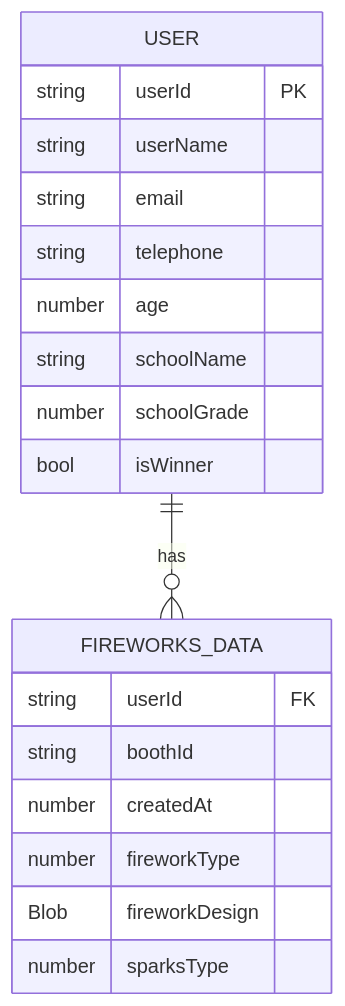
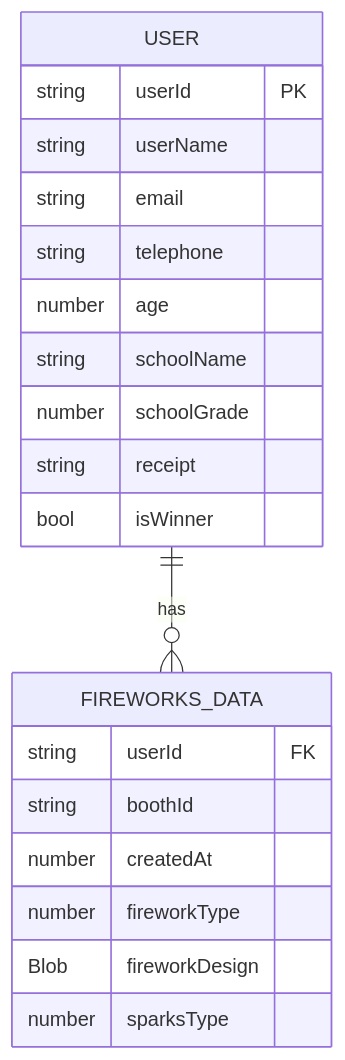
Before and after one commit to KSF2024/Documents: the diagram in データ設計書.md, drawn with Mermaid. The commit also changed other lines of this file and 2 other files, not shown here.

Commit message:
Fix the Vulnerability

````diff
--- a/データ設計書.md
+++ b/データ設計書.md
@@ -37,23 +38,24 @@
 ```mermaid
 erDiagram
     USER {
         string userId PK
         string userName
         string email
         string telephone
         number age
         string schoolName
         number schoolGrade
+        string receipt
         bool isWinner
     }
     FIREWORKS_DATA {
         string userId FK
         string boothId
         number createdAt
         number fireworkType
         Blob fireworkDesign
         number sparksType
     }
     
     USER ||--o{ FIREWORKS_DATA : has
 ```
````
